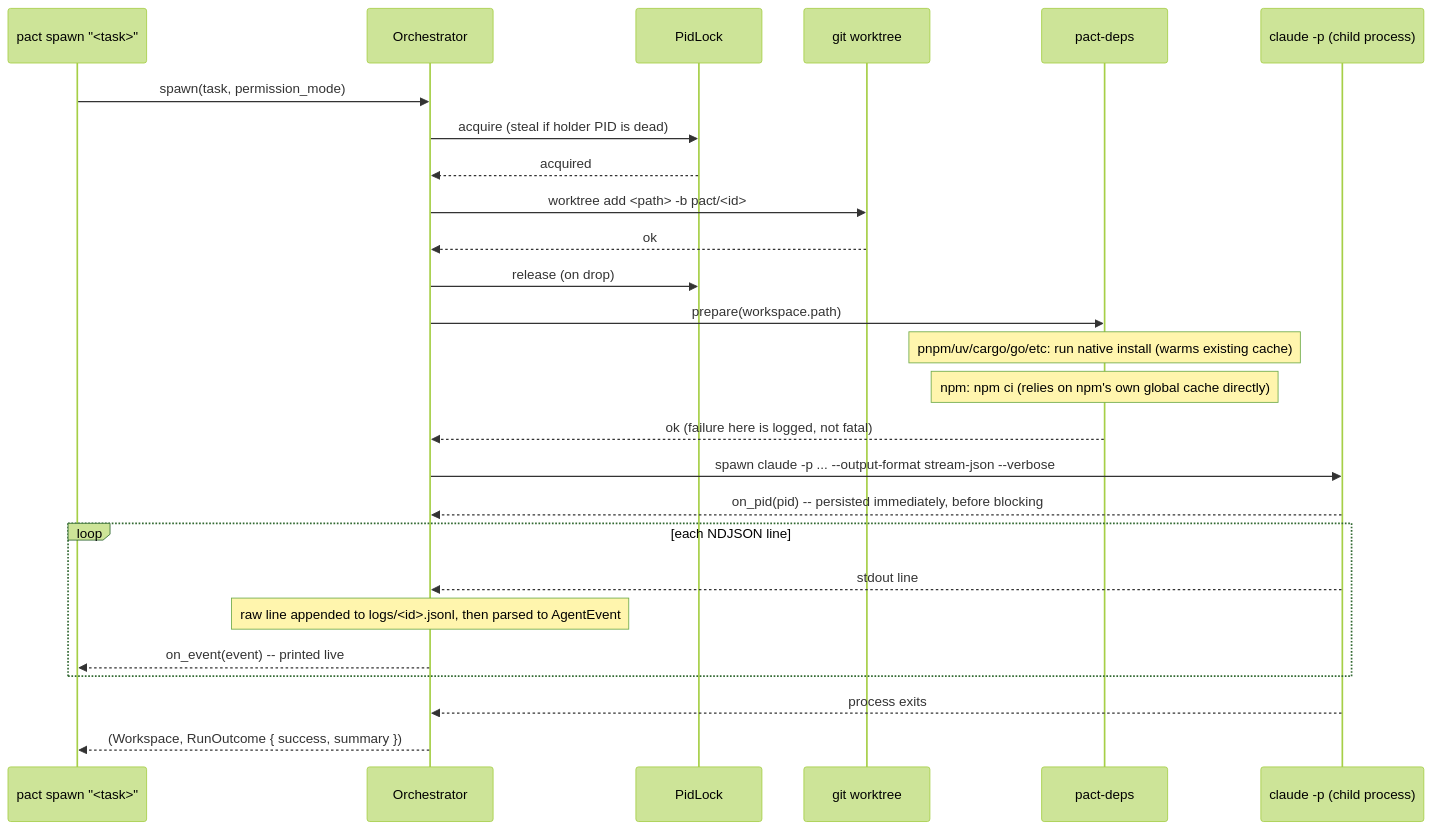
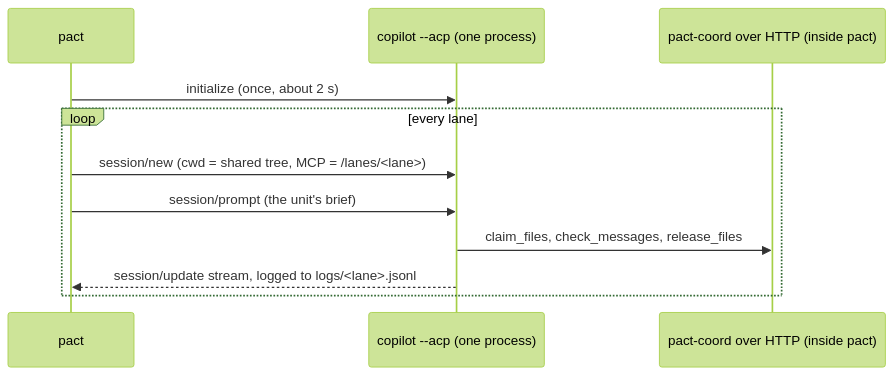
The second of 2 diagrams in README.md (zekariasasaminew/pact), drawn with Mermaid (forest theme) before and after one commit. The commit also changed other lines of this file and 8 other files, not shown here.

````diff
--- a/README.md
+++ b/README.md
@@ -1427,29 +88,13 @@
 ```mermaid
 sequenceDiagram
-    participant U as pact spawn "<task>"
-    participant Core as Orchestrator
-    participant Lock as PidLock
-    participant Git as git worktree
-    participant Deps as pact-deps
-    participant Agent as claude -p (child process)
-
-    U->>Core: spawn(task, permission_mode)
-    Core->>Lock: acquire (steal if holder PID is dead)
-    Lock-->>Core: acquired
-    Core->>Git: worktree add <path> -b pact/<id>
-    Git-->>Core: ok
-    Core->>Lock: release (on drop)
-    Core->>Deps: prepare(workspace.path)
-    Note over Deps: pnpm/uv/cargo/go/etc: run native install (warms existing cache)
-    Note over Deps: npm: npm ci (relies on npm's own global cache directly)
-    Deps-->>Core: ok (failure here is logged, not fatal)
-    Core->>Agent: spawn claude -p ... --output-format stream-json --verbose
-    Agent-->>Core: on_pid(pid) -- persisted immediately, before blocking
-    loop each NDJSON line
-        Agent-->>Core: stdout line
-        Note over Core: raw line appended to logs/<id>.jsonl, then parsed to AgentEvent
-        Core-->>U: on_event(event) -- printed live
+    participant pact
+    participant agent as copilot --acp (one process)
+    participant coord as pact-coord over HTTP (inside pact)
+    pact->>agent: initialize (once, about 2 s)
+    loop every lane
+        pact->>agent: session/new (cwd = shared tree, MCP = /lanes/<lane>)
+        pact->>agent: session/prompt (the unit's brief)
+        agent->>coord: claim_files, check_messages, release_files
+        agent-->>pact: session/update stream, logged to logs/<lane>.jsonl
     end
-    Agent-->>Core: process exits
-    Core-->>U: (Workspace, RunOutcome { success, summary })
 ```
````
